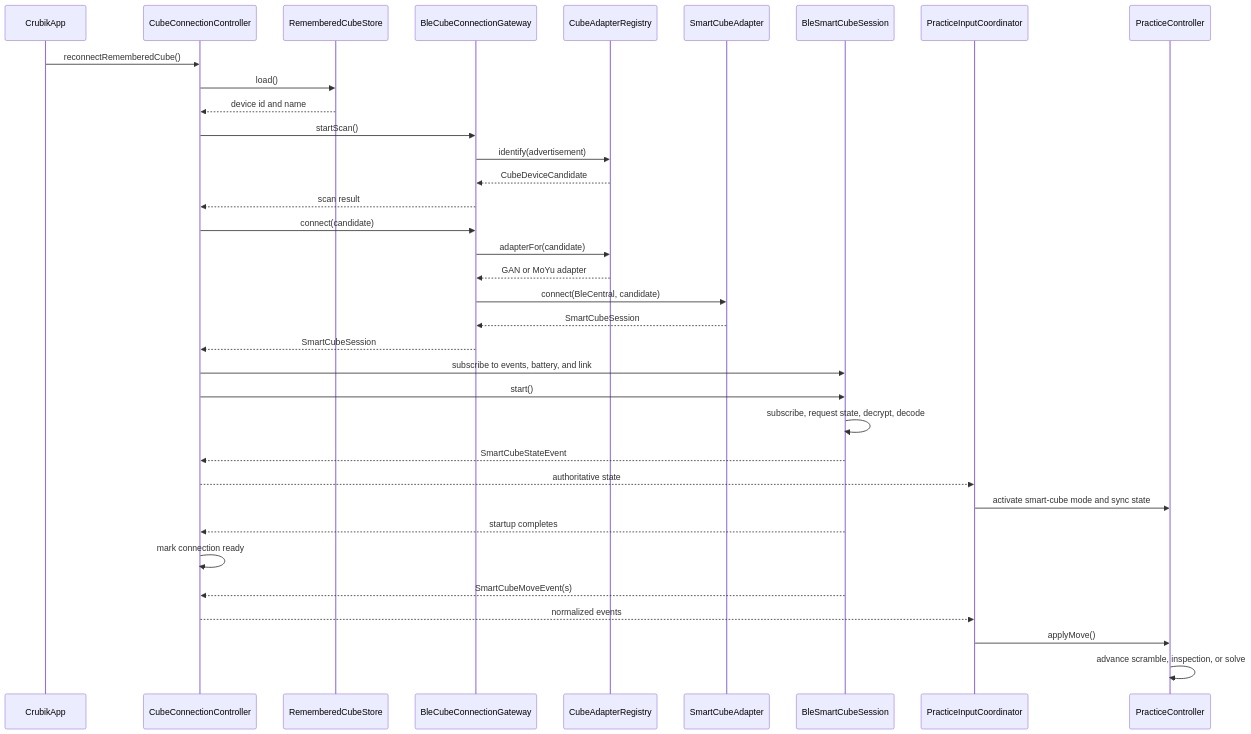
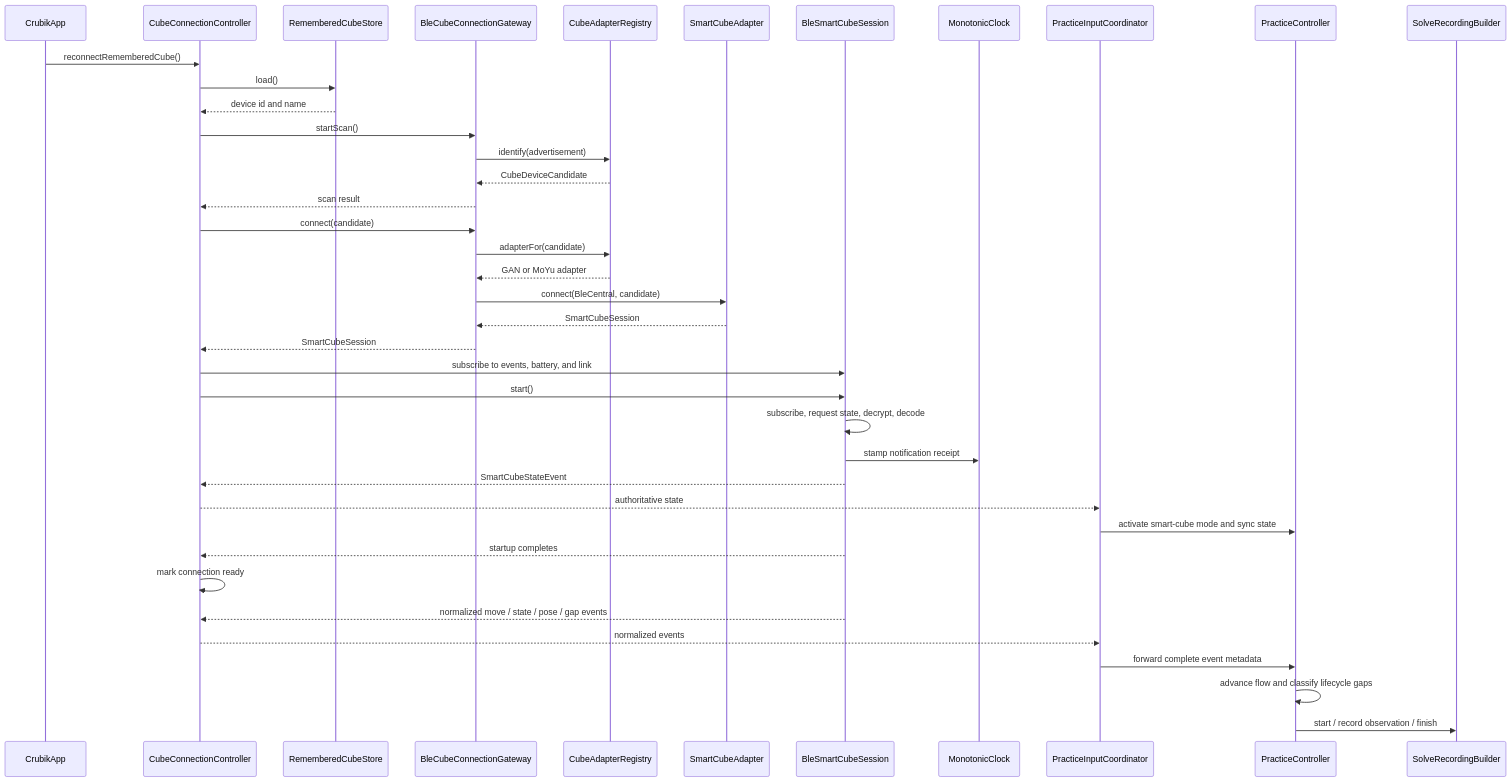
One commit to Hyponauts/Crubik changed the second of 4 diagrams in docs/architecture.md. Above: the diagram before and after it, drawn with Mermaid. The commit also changed other lines of this file and 46 other files, not shown here.

````diff
--- a/docs/architecture.md
+++ b/docs/architecture.md
@@ -150,38 +153,42 @@
 ```mermaid
 sequenceDiagram
     participant App as CrubikApp
     participant CC as CubeConnectionController
     participant Store as RememberedCubeStore
     participant GW as BleCubeConnectionGateway
     participant Reg as CubeAdapterRegistry
     participant Adapter as SmartCubeAdapter
     participant Session as BleSmartCubeSession
+    participant Clock as MonotonicClock
     participant Coordinator as PracticeInputCoordinator
     participant Practice as PracticeController
+    participant Builder as SolveRecordingBuilder
 
     App->>CC: reconnectRememberedCube()
     CC->>Store: load()
     Store-->>CC: device id and name
     CC->>GW: startScan()
     GW->>Reg: identify(advertisement)
     Reg-->>GW: CubeDeviceCandidate
     GW-->>CC: scan result
     CC->>GW: connect(candidate)
     GW->>Reg: adapterFor(candidate)
     Reg-->>GW: GAN or MoYu adapter
     GW->>Adapter: connect(BleCentral, candidate)
     Adapter-->>GW: SmartCubeSession
     GW-->>CC: SmartCubeSession
     CC->>Session: subscribe to events, battery, and link
     CC->>Session: start()
     Session->>Session: subscribe, request state, decrypt, decode
+    Session->>Clock: stamp notification receipt
     Session-->>CC: SmartCubeStateEvent
     CC-->>Coordinator: authoritative state
     Coordinator->>Practice: activate smart-cube mode and sync state
     Session-->>CC: startup completes
     CC->>CC: mark connection ready
-    Session-->>CC: SmartCubeMoveEvent(s)
+    Session-->>CC: normalized move / state / pose / gap events
     CC-->>Coordinator: normalized events
-    Coordinator->>Practice: applyMove()
-    Practice->>Practice: advance scramble, inspection, or solve
+    Coordinator->>Practice: forward complete event metadata
+    Practice->>Practice: advance flow and classify lifecycle gaps
+    Practice->>Builder: start / record observation / finish
 ```
````
